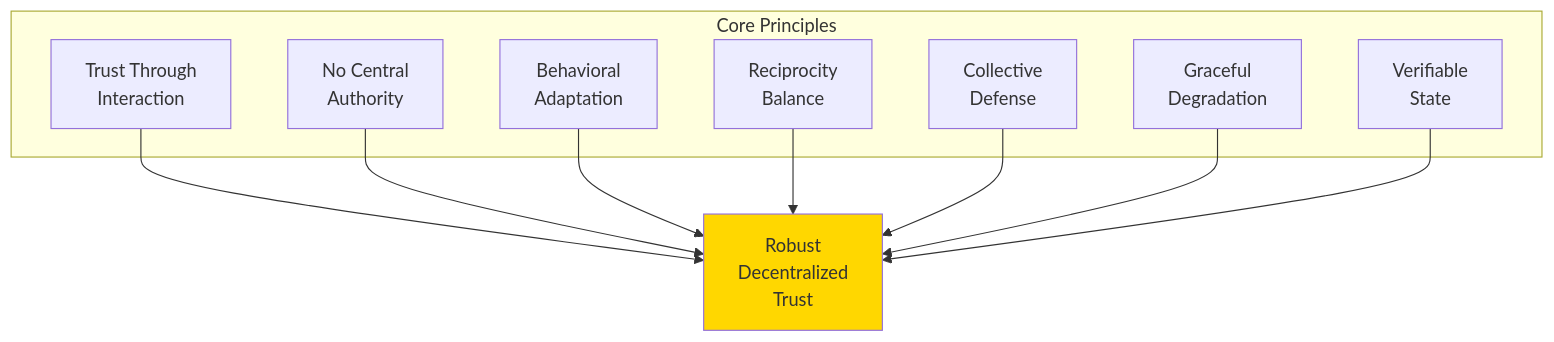
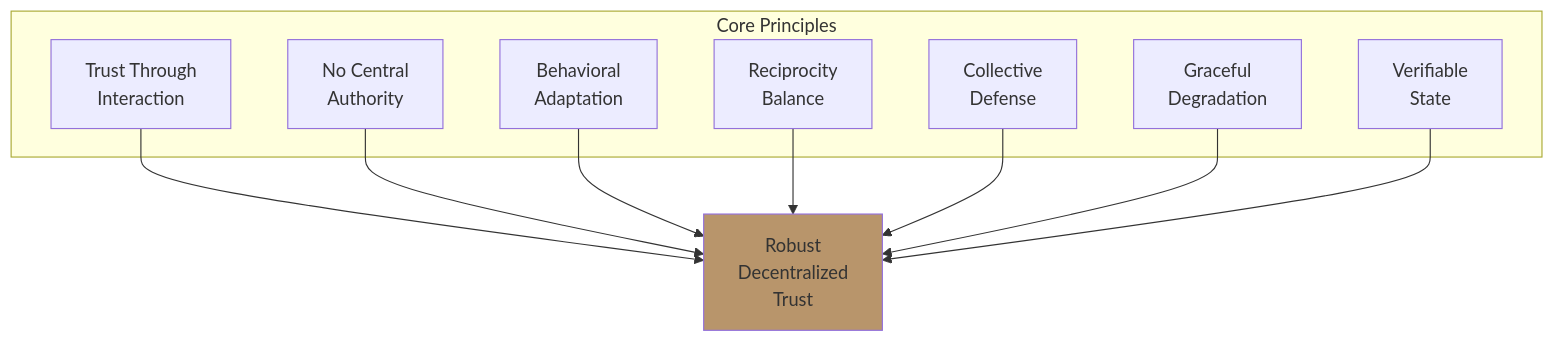
Before and after one commit to ScopeCreep-zip/Symbiont: the third of 3 diagrams in README.md, drawn with Mermaid. The commit also changed other lines of this file and 17 other files, not shown here.

Commit message:
update to diagram colors

````diff
--- a/README.md
+++ b/README.md
@@ -282,22 +282,22 @@
 ```mermaid
 graph TB
     subgraph "Core Principles"
         P1[Trust Through<br/>Interaction]
         P2[No Central<br/>Authority]
         P3[Behavioral<br/>Adaptation]
         P4[Reciprocity<br/>Balance]
         P5[Collective<br/>Defense]
         P6[Graceful<br/>Degradation]
         P7[Verifiable<br/>State]
     end
 
     P1 --> GOAL[Robust<br/>Decentralized<br/>Trust]
     P2 --> GOAL
     P3 --> GOAL
     P4 --> GOAL
     P5 --> GOAL
     P6 --> GOAL
     P7 --> GOAL
 
-    style GOAL fill:#FFD700
+    style GOAL fill:#b8956b
 ```
````
